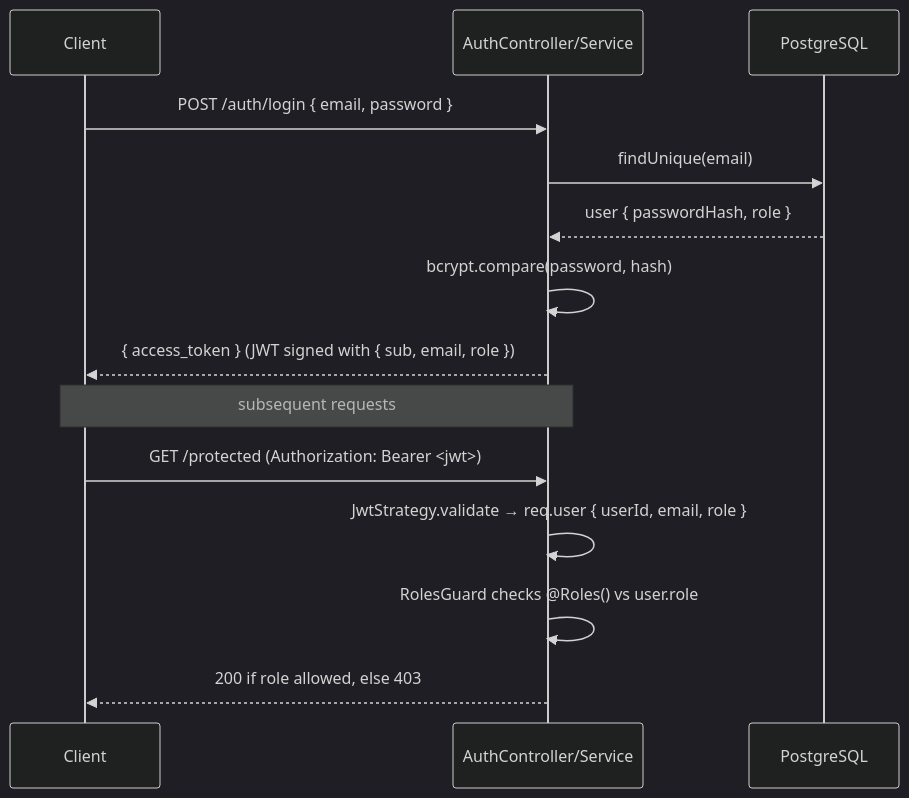
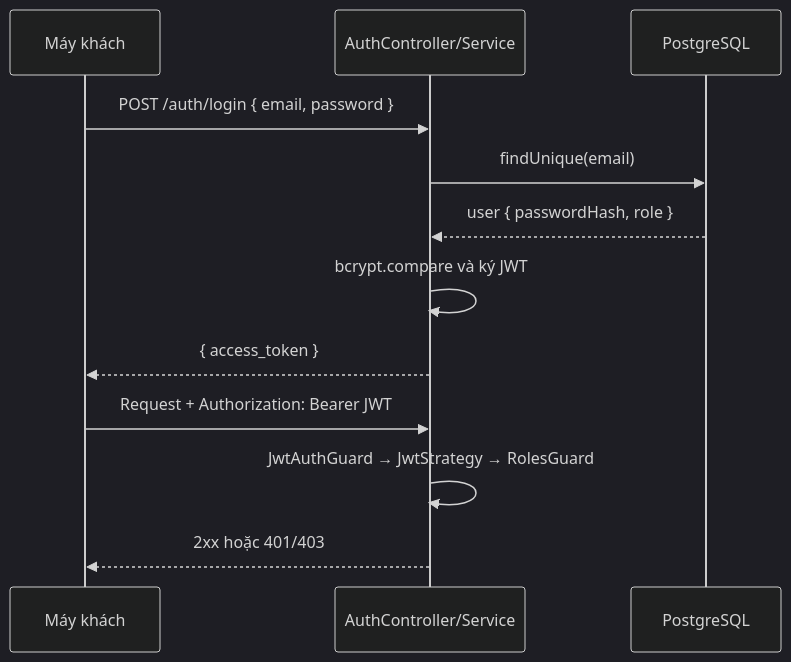
One commit to d1nhnguyen/ticketbox changed the fifth of 5 diagrams in blueprint/design.md. Above: the diagram before and after it, drawn with Mermaid (dark theme). The commit also changed other lines of this file and 9 other files, not shown here.

````diff
--- a/blueprint/design.md
+++ b/blueprint/design.md
@@ -246,16 +246,14 @@
 ```mermaid
 sequenceDiagram
-  participant C as Client
-  participant Auth as AuthController/Service
+  participant C as Máy khách
+  participant A as AuthController/Service
   participant DB as PostgreSQL
-  C->>Auth: POST /auth/login { email, password }
-  Auth->>DB: findUnique(email)
-  DB-->>Auth: user { passwordHash, role }
-  Auth->>Auth: bcrypt.compare(password, hash)
-  Auth-->>C: { access_token } (JWT signed with { sub, email, role })
-  Note over C,Auth: subsequent requests
-  C->>Auth: GET /protected (Authorization: Bearer <jwt>)
-  Auth->>Auth: JwtStrategy.validate → req.user { userId, email, role }
-  Auth->>Auth: RolesGuard checks @Roles() vs user.role
-  Auth-->>C: 200 if role allowed, else 403
+  C->>A: POST /auth/login { email, password }
+  A->>DB: findUnique(email)
+  DB-->>A: user { passwordHash, role }
+  A->>A: bcrypt.compare và ký JWT
+  A-->>C: { access_token }
+  C->>A: Request + Authorization: Bearer JWT
+  A->>A: JwtAuthGuard → JwtStrategy → RolesGuard
+  A-->>C: 2xx hoặc 401/403
 ```
````
